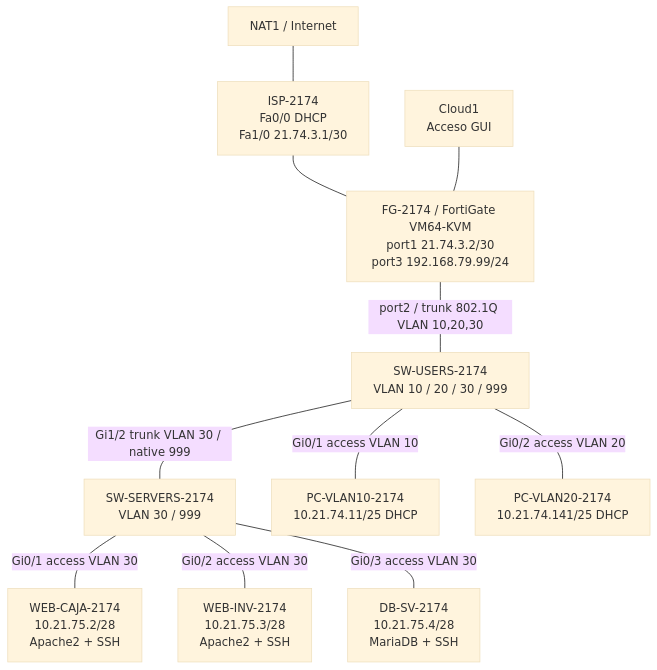
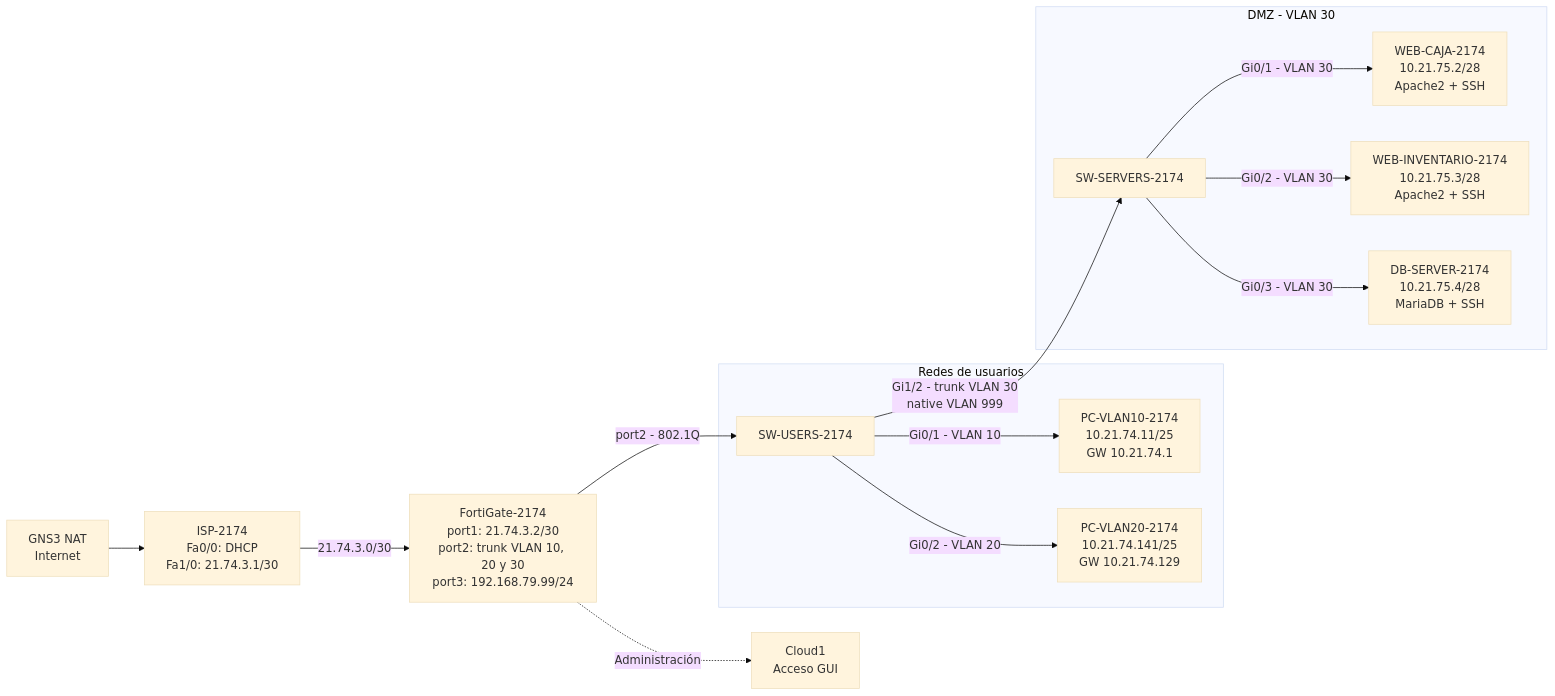
Before and after one commit to aalevante06/SR-PRACTICA-3-INFRAESTRUCTURA-1: the diagram in README.md, drawn with Mermaid (base theme). The commit also changed other lines of this file, not shown here.

````diff
--- a/README.md
+++ b/README.md
@@ -33,25 +33,33 @@
 ```mermaid
-flowchart TB
-    NAT["NAT1 / Internet"]
-    ISP["ISP-2174<br/>Fa0/0 DHCP<br/>Fa1/0 21.74.3.1/30"]
-    FG["FG-2174 / FortiGate VM64-KVM<br/>port1 21.74.3.2/30<br/>port3 192.168.79.99/24"]
+flowchart LR
+    NAT["GNS3 NAT<br/>Internet"]
+    ISP["ISP-2174<br/>Fa0/0: DHCP<br/>Fa1/0: 21.74.3.1/30"]
+    FG["FortiGate-2174<br/>port1: 21.74.3.2/30<br/>port2: trunk VLAN 10, 20 y 30<br/>port3: 192.168.79.99/24"]
     CLOUD["Cloud1<br/>Acceso GUI"]
-    SWU["SW-USERS-2174<br/>VLAN 10 / 20 / 30 / 999"]
-    SWS["SW-SERVERS-2174<br/>VLAN 30 / 999"]
-    PC10["PC-VLAN10-2174<br/>10.21.74.11/25 DHCP"]
-    PC20["PC-VLAN20-2174<br/>10.21.74.141/25 DHCP"]
-    CAJA["WEB-CAJA-2174<br/>10.21.75.2/28<br/>Apache2 + SSH"]
-    INV["WEB-INV-2174<br/>10.21.75.3/28<br/>Apache2 + SSH"]
-    DB["DB-SV-2174<br/>10.21.75.4/28<br/>MariaDB + SSH"]
 
-    NAT --- ISP
-    ISP --- FG
-    CLOUD --- FG
-    FG ---|"port2 / trunk 802.1Q VLAN 10,20,30"| SWU
-    SWU ---|"Gi0/1 access VLAN 10"| PC10
-    SWU ---|"Gi0/2 access VLAN 20"| PC20
-    SWU ---|"Gi1/2 trunk VLAN 30 / native 999"| SWS
-    SWS ---|"Gi0/1 access VLAN 30"| CAJA
-    SWS ---|"Gi0/2 access VLAN 30"| INV
-    SWS ---|"Gi0/3 access VLAN 30"| DB
+    subgraph USERS["Redes de usuarios"]
+        SWU["SW-USERS-2174"]
+        PC10["PC-VLAN10-2174<br/>10.21.74.11/25<br/>GW 10.21.74.1"]
+        PC20["PC-VLAN20-2174<br/>10.21.74.141/25<br/>GW 10.21.74.129"]
+
+        SWU -->|"Gi0/1 - VLAN 10"| PC10
+        SWU -->|"Gi0/2 - VLAN 20"| PC20
+    end
+
+    subgraph DMZ["DMZ - VLAN 30"]
+        SWS["SW-SERVERS-2174"]
+        CAJA["WEB-CAJA-2174<br/>10.21.75.2/28<br/>Apache2 + SSH"]
+        INV["WEB-INVENTARIO-2174<br/>10.21.75.3/28<br/>Apache2 + SSH"]
+        DB["DB-SERVER-2174<br/>10.21.75.4/28<br/>MariaDB + SSH"]
+
+        SWS -->|"Gi0/1 - VLAN 30"| CAJA
+        SWS -->|"Gi0/2 - VLAN 30"| INV
+        SWS -->|"Gi0/3 - VLAN 30"| DB
+    end
+
+    NAT --> ISP
+    ISP -->|"21.74.3.0/30"| FG
+    FG -.->|"Administración"| CLOUD
+    FG -->|"port2 - 802.1Q"| SWU
+    SWU -->|"Gi1/2 - trunk VLAN 30<br/>native VLAN 999"| SWS
 ```
````
